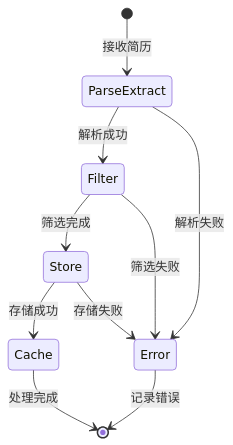
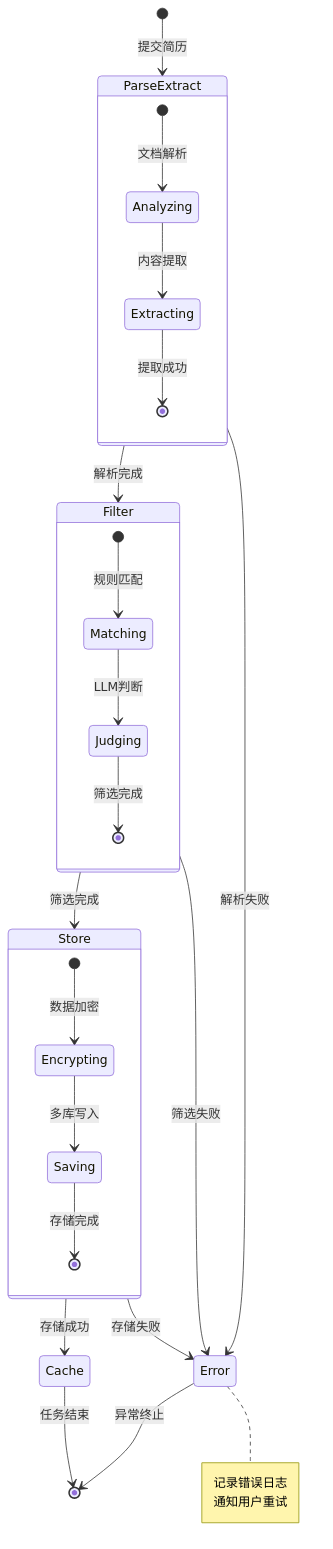
Before and after one commit to xt765/ResumeScreening: the ninth of 11 diagrams in README.md, drawn with Mermaid. The commit also changed other lines of this file and 5 other files, not shown here.

Commit message:
refactor: remove similarity score and update documentation diagrams

````diff
--- a/README.md
+++ b/README.md
@@ -554,15 +575,39 @@
 ```mermaid
 stateDiagram-v2
-    [*] --> ParseExtract: 接收简历
-    ParseExtract --> Filter: 解析成功
+    [*] --> ParseExtract: 提交简历
+    
+    state ParseExtract {
+        [*] --> Analyzing: 文档解析
+        Analyzing --> Extracting: 内容提取
+        Extracting --> [*]: 提取成功
+    }
+    
+    ParseExtract --> Filter: 解析完成
     ParseExtract --> Error: 解析失败
+    
+    state Filter {
+        [*] --> Matching: 规则匹配
+        Matching --> Judging: LLM判断
+        Judging --> [*]: 筛选完成
+    }
     
     Filter --> Store: 筛选完成
     Filter --> Error: 筛选失败
     
+    state Store {
+        [*] --> Encrypting: 数据加密
+        Encrypting --> Saving: 多库写入
+        Saving --> [*]: 存储完成
+    }
+    
     Store --> Cache: 存储成功
     Store --> Error: 存储失败
     
-    Cache --> [*]: 处理完成
-    Error --> [*]: 记录错误
+    Cache --> [*]: 任务结束
+    Error --> [*]: 异常终止
+    
+    note right of Error
+        记录错误日志
+        通知用户重试
+    end note
 ```
````
